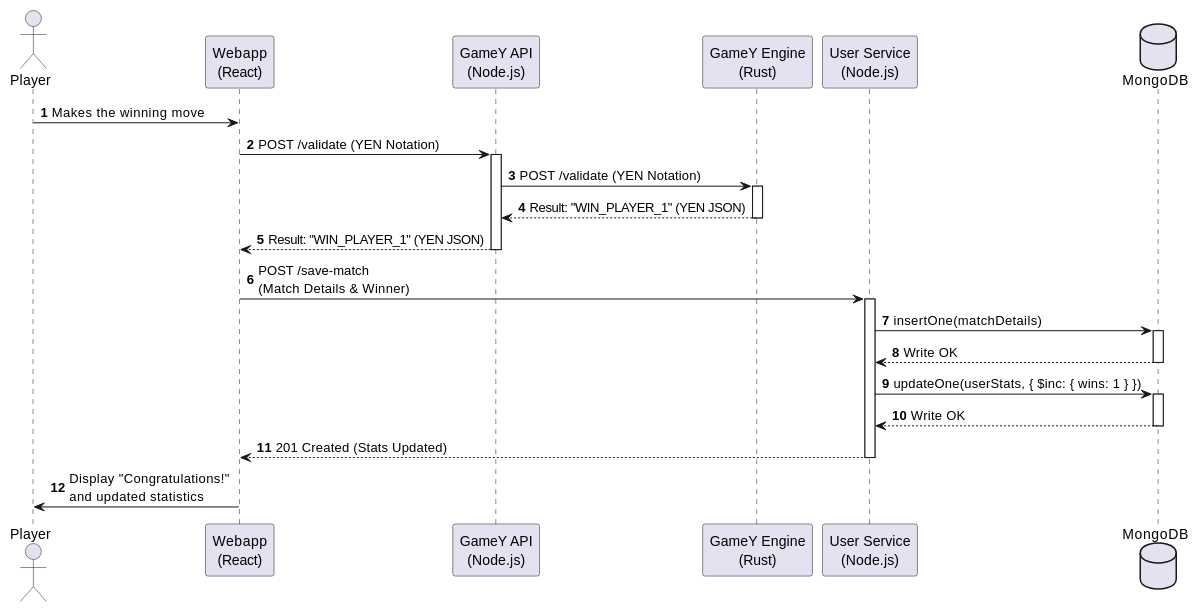
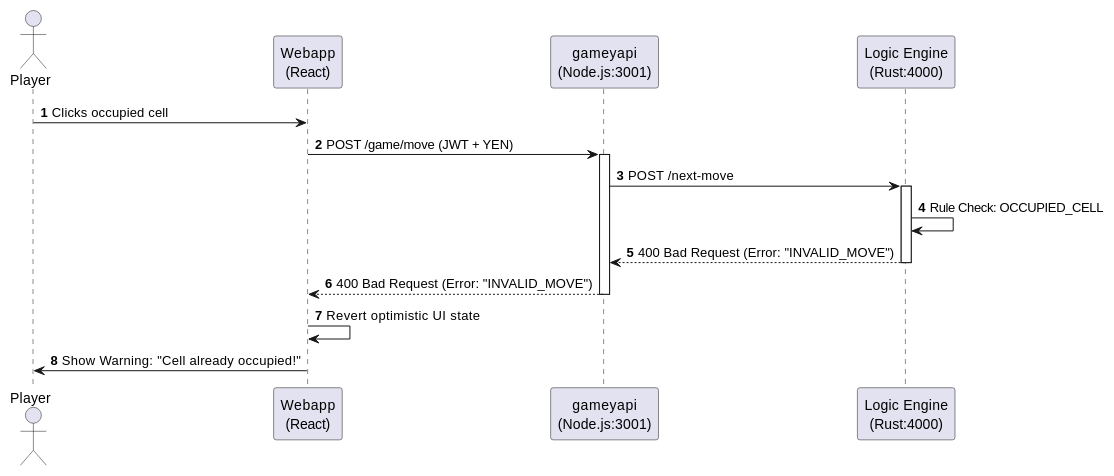
Before and after one commit to Arquisoft/yovi_en1a: the third of 4 diagrams in docs/src/06_runtime_view.adoc, drawn with PlantUML. The commit also changed other lines of this file, not shown here.

```diff
--- a/docs/src/06_runtime_view.adoc
+++ b/docs/src/06_runtime_view.adoc
@@ -87,39 +81,26 @@
-[plantuml, target="match-conclusion", format="png"]
+[plantuml, target="invalid-move", format="png"]
 ----
 @startuml
 autonumber
 actor "Player" as User
 participant "Webapp\n(React)" as UI
-participant "GameY API\n(Node.js)" as API
-participant "GameY Engine\n(Rust)" as Rust
-participant "User Service\n(Node.js)" as Node
-database "MongoDB" as DB
+participant "gameyapi\n(Node.js:3001)" as API
+participant "Logic Engine\n(Rust:4000)" as Rust
 
-User -> UI : Makes the winning move
-UI -> API : POST /validate (YEN Notation)
+User -> UI : Clicks occupied cell
+UI -> API : POST /game/move (JWT + YEN)
 activate API
-API -> Rust : POST /validate (YEN Notation)
+
+API -> Rust : POST /next-move
 activate Rust
-Rust --> API : Result: "WIN_PLAYER_1" (YEN JSON)
+Rust -> Rust : Rule Check: OCCUPIED_CELL
+Rust --> API : 400 Bad Request (Error: "INVALID_MOVE")
 deactivate Rust
-API --> UI : Result: "WIN_PLAYER_1" (YEN JSON)
+
+API --> UI : 400 Bad Request (Error: "INVALID_MOVE")
 deactivate API
 
-UI -> Node : POST /save-match \n(Match Details & Winner)
-activate Node
-Node -> DB : insertOne(matchDetails)
-activate DB
-DB --> Node : Write OK
-deactivate DB
-
-Node -> DB : updateOne(userStats, { $inc: { wins: 1 } })
-activate DB
-DB --> Node : Write OK
-deactivate DB
-
-Node --> UI : 201 Created (Stats Updated)
-deactivate Node
-
-UI -> User : Display "Congratulations!" \nand updated statistics
+UI -> UI : Revert optimistic UI state
+UI -> User : Show Warning: "Cell already occupied!"
 @enduml
 ----
```
